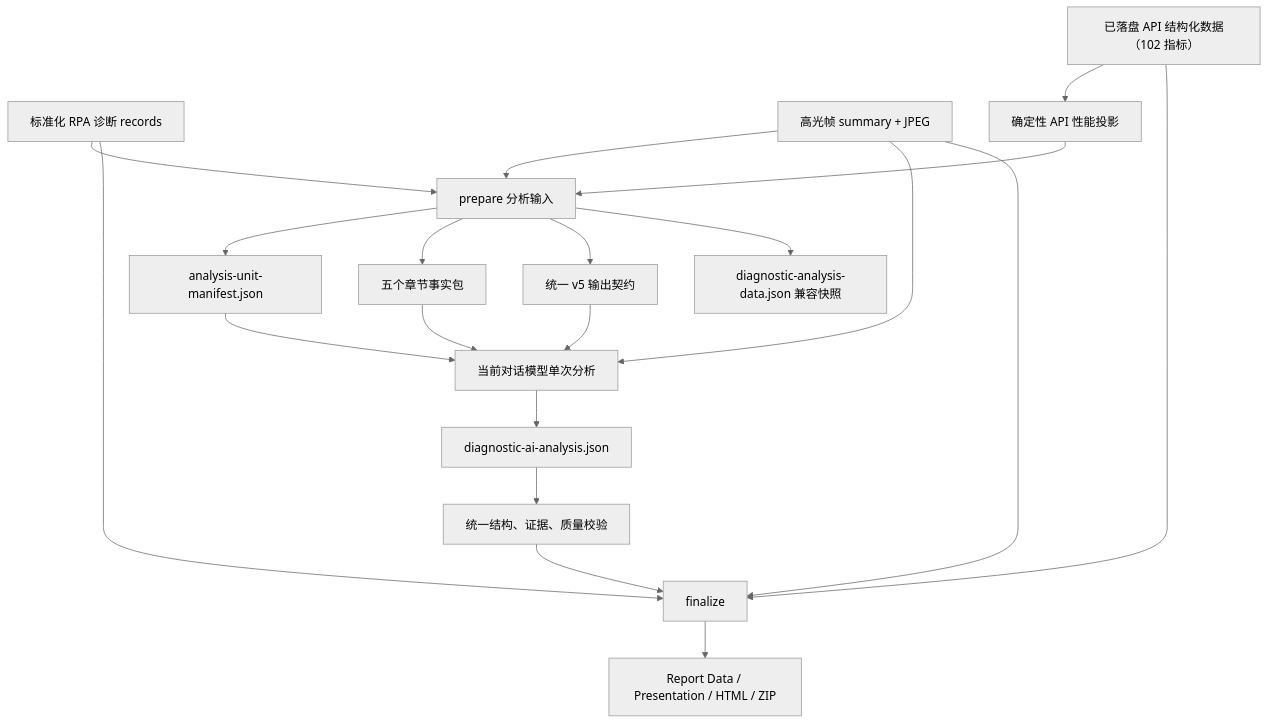
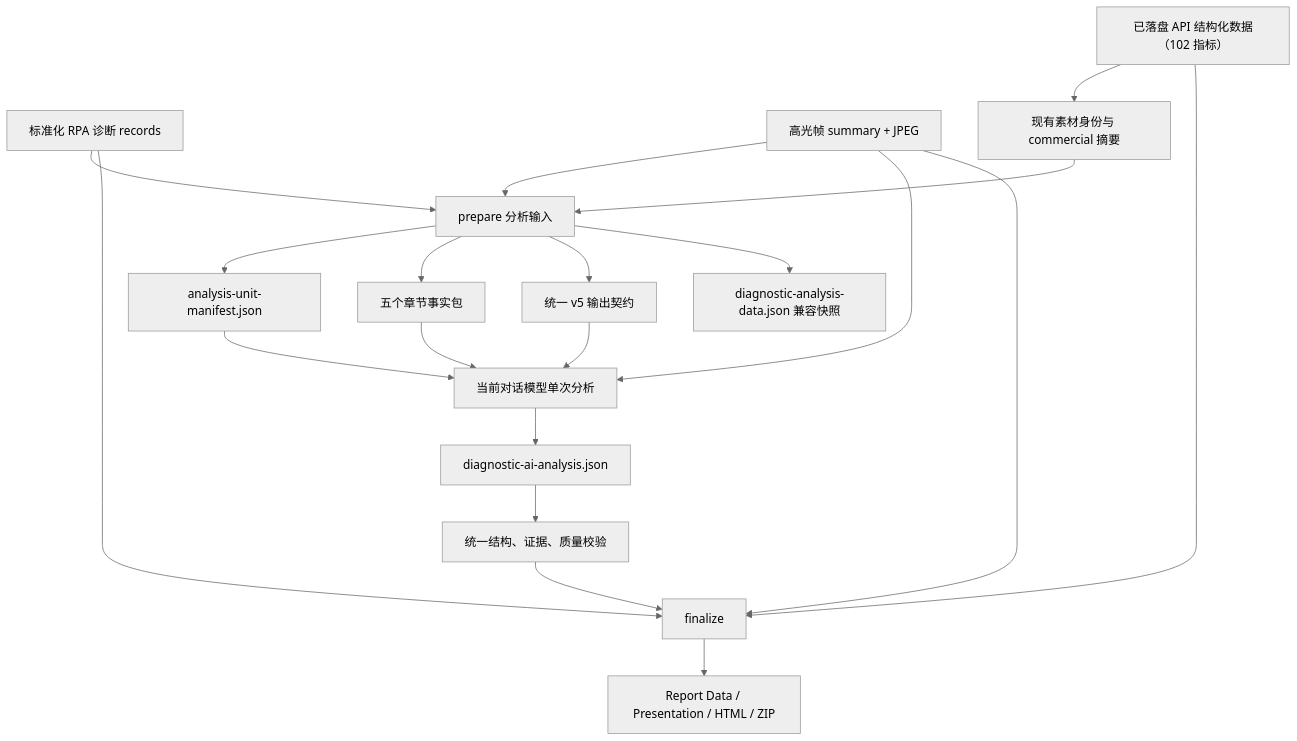
The diagram in docs/superpowers/specs/2026-08-27-qianchuan-analysis-input-modularization-design.md (Ayakatokyo/qianchuan-video-peak-frames), drawn with Mermaid (neutral theme) before and after one commit. The commit also changed other lines of this file and 11 other files, not shown here.

````diff
--- a/docs/superpowers/specs/2026-08-27-qianchuan-analysis-input-modularization-design.md
+++ b/docs/superpowers/specs/2026-08-27-qianchuan-analysis-input-modularization-design.md
@@ -114,31 +114,31 @@
 ```mermaid
 flowchart TD
     A["已落盘 API 结构化数据（102 指标）"]
     B["标准化 RPA 诊断 records"]
     C["高光帧 summary + JPEG"]
 
-    A --> A1["确定性 API 性能投影"]
+    A --> A1["现有素材身份与 commercial 摘要"]
     A1 --> D["prepare 分析输入"]
     B --> D
     C --> D
 
     D --> E["analysis-unit-manifest.json"]
     D --> F["五个章节事实包"]
     D --> G["统一 v5 输出契约"]
     D --> H["diagnostic-analysis-data.json 兼容快照"]
 
     E --> I["当前对话模型单次分析"]
     F --> I
     G --> I
     C --> I
 
     I --> J["diagnostic-ai-analysis.json"]
     J --> K["统一结构、证据、质量校验"]
     K --> L["finalize"]
 
     A --> L
     B --> L
     C --> L
 
     L --> M["Report Data / Presentation / HTML / ZIP"]
 ```
````
